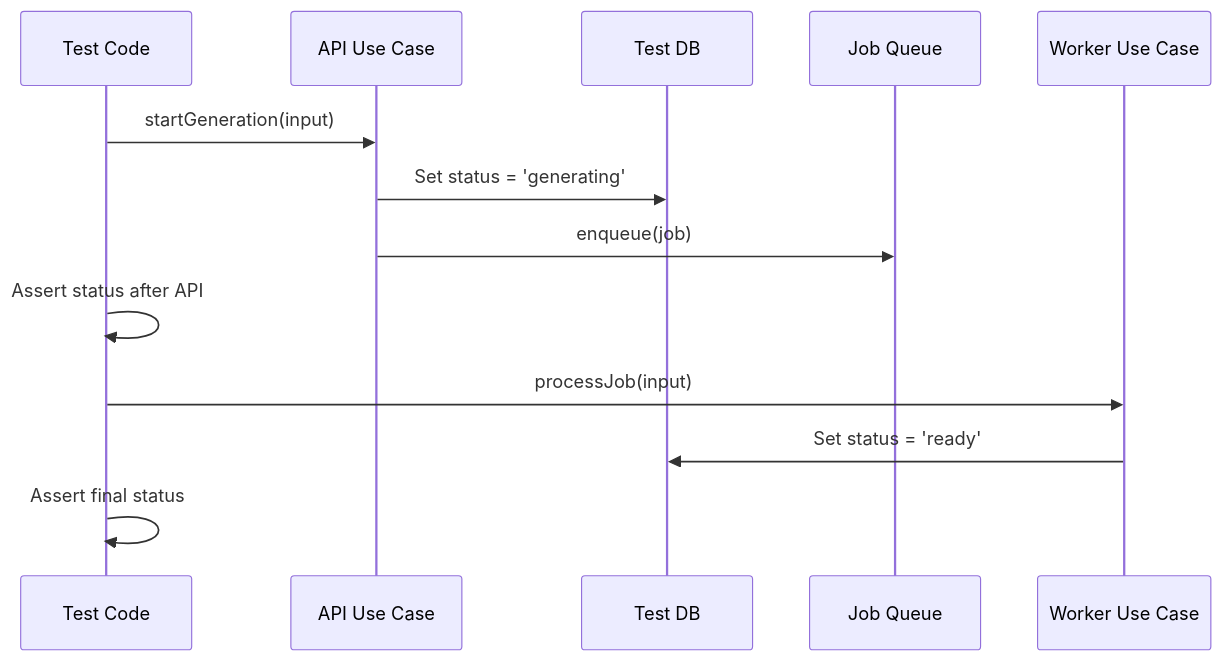
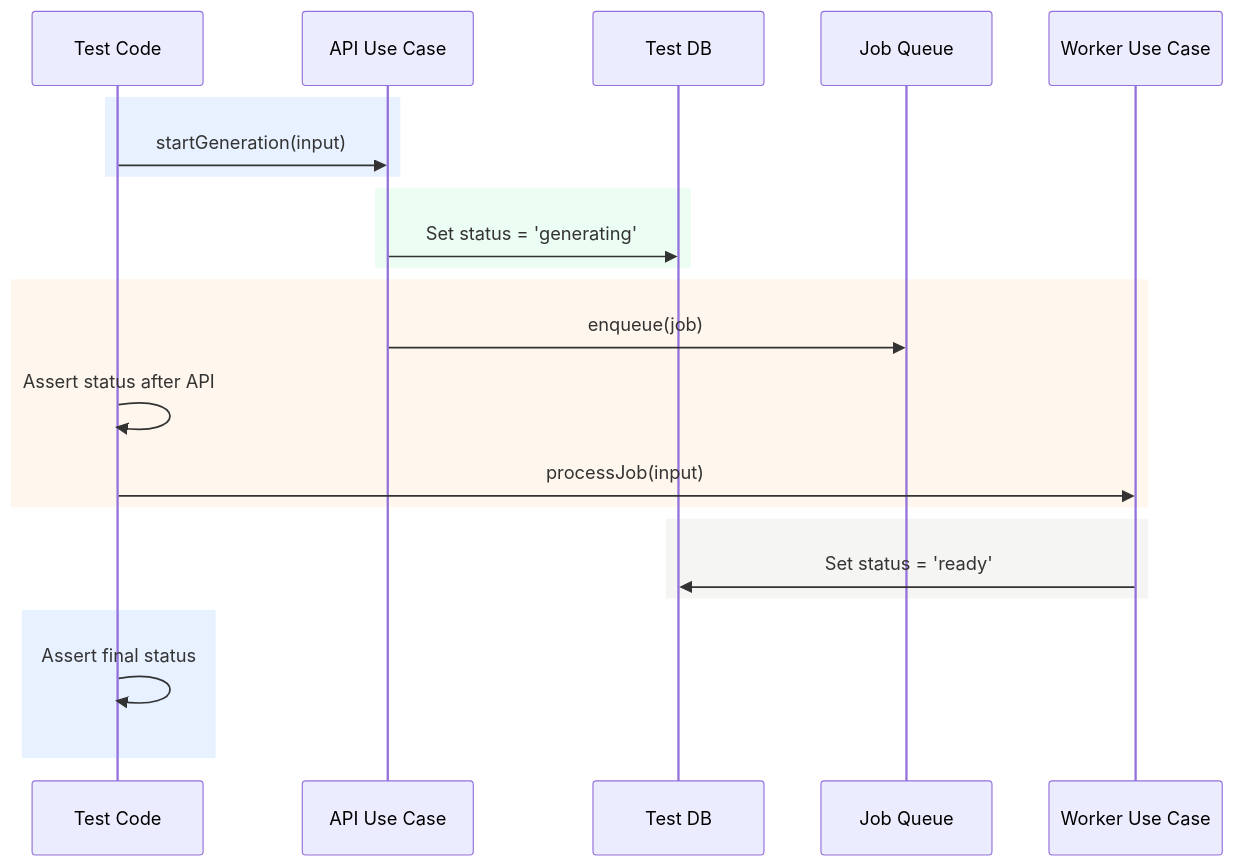
The diagram in docs/testing/job-workflow-tests.md (brandonbryant12/content-studio), drawn with Mermaid before and after one commit. The commit also changed other lines of this file and 109 other files, not shown here.

````diff
--- a/docs/testing/job-workflow-tests.md
+++ b/docs/testing/job-workflow-tests.md
@@ -3,16 +3,26 @@
 ```mermaid
 sequenceDiagram
   participant Test as Test Code
   participant API as API Use Case
   participant DB as Test DB
   participant Queue as Job Queue
   participant Worker as Worker Use Case
 
-  Test->>API: startGeneration(input)
-  API->>DB: Set status = 'generating'
-  API->>Queue: enqueue(job)
-  Test->>Test: Assert status after API
-  Test->>Worker: processJob(input)
-  Worker->>DB: Set status = 'ready'
-  Test->>Test: Assert final status
+  rect rgb(232, 241, 255)
+    Test->>API: startGeneration(input)
+  end
+  rect rgb(236, 253, 243)
+    API->>DB: Set status = 'generating'
+  end
+  rect rgb(255, 247, 237)
+    API->>Queue: enqueue(job)
+    Test->>Test: Assert status after API
+    Test->>Worker: processJob(input)
+  end
+  rect rgb(245, 245, 244)
+    Worker->>DB: Set status = 'ready'
+  end
+  rect rgb(232, 241, 255)
+    Test->>Test: Assert final status
+  end
 ```
````
